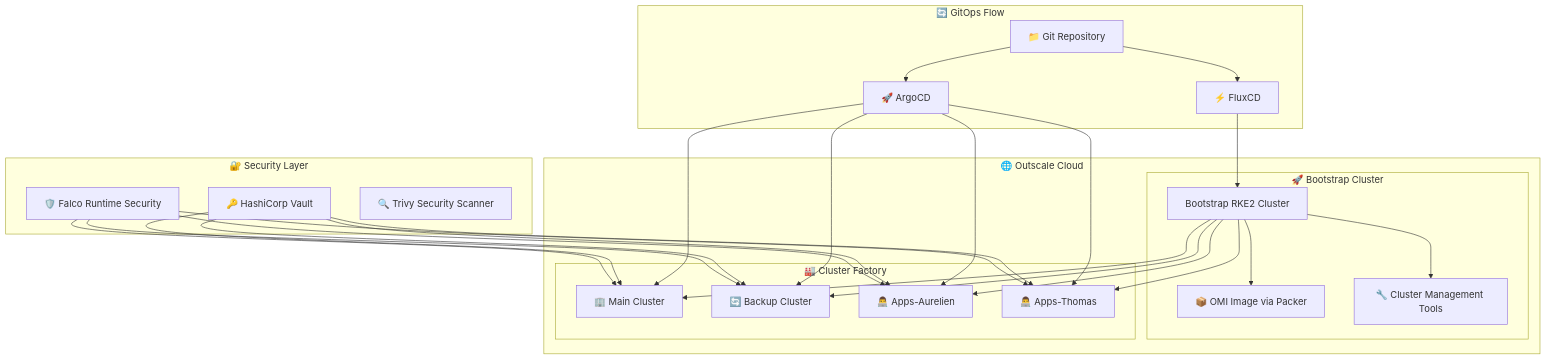
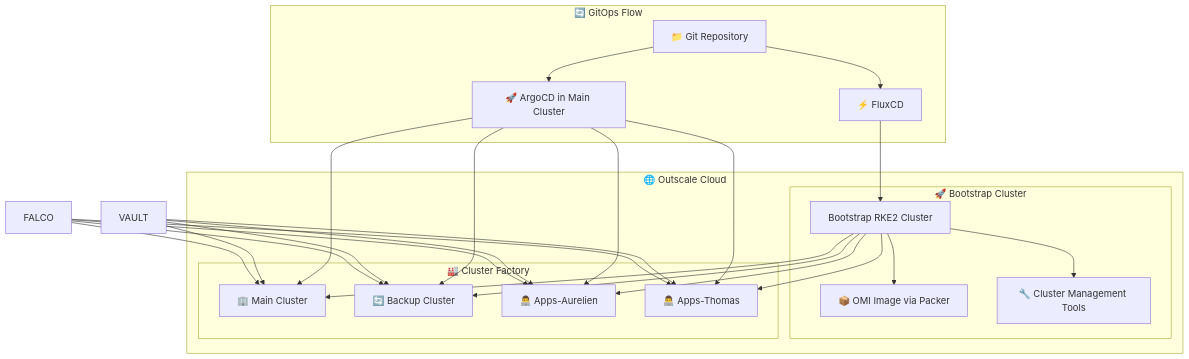
Before and after one commit to KubLand/.github: the diagram in profile/README.md, drawn with Mermaid. The commit also changed other lines of this file, not shown here.

````diff
--- a/profile/README.md
+++ b/profile/README.md
@@ -30,47 +30,42 @@
 ```mermaid
 graph TB
     subgraph "🌐 Outscale Cloud"
         subgraph "🚀 Bootstrap Cluster"
             BC[Bootstrap RKE2 Cluster]
             BC --> OMI[📦 OMI Image via Packer]
             BC --> TOOLS[🔧 Cluster Management Tools]
         end
 
         subgraph "🏭 Cluster Factory"
             BC --> MAIN[🏢 Main Cluster]
             BC --> BACKUP[🔄 Backup Cluster]
             BC --> AURELIEN[👨‍💻 Apps-Aurelien]
             BC --> THOMAS[👨‍💻 Apps-Thomas]
         end
     end
 
     subgraph "🔄 GitOps Flow"
         GIT[📁 Git Repository]
-        ARGO[🚀 ArgoCD]
+        ARGO[🚀 ArgoCD in Main Cluster]
         FLUX[⚡ FluxCD]
     end
 
-    subgraph "🔐 Security Layer"
-        VAULT[🔑 HashiCorp Vault]
-        FALCO[🛡️ Falco Runtime Security]
-        TRIVY[🔍 Trivy Security Scanner]
-    end
 
     GIT --> ARGO
     GIT --> FLUX
     ARGO --> MAIN
     ARGO --> BACKUP
     ARGO --> AURELIEN
     ARGO --> THOMAS
     FLUX --> BC
 
     VAULT --> MAIN
     VAULT --> BACKUP
     VAULT --> AURELIEN
     VAULT --> THOMAS
 
     FALCO --> MAIN
     FALCO --> BACKUP
     FALCO --> AURELIEN
     FALCO --> THOMAS
 ```
````
